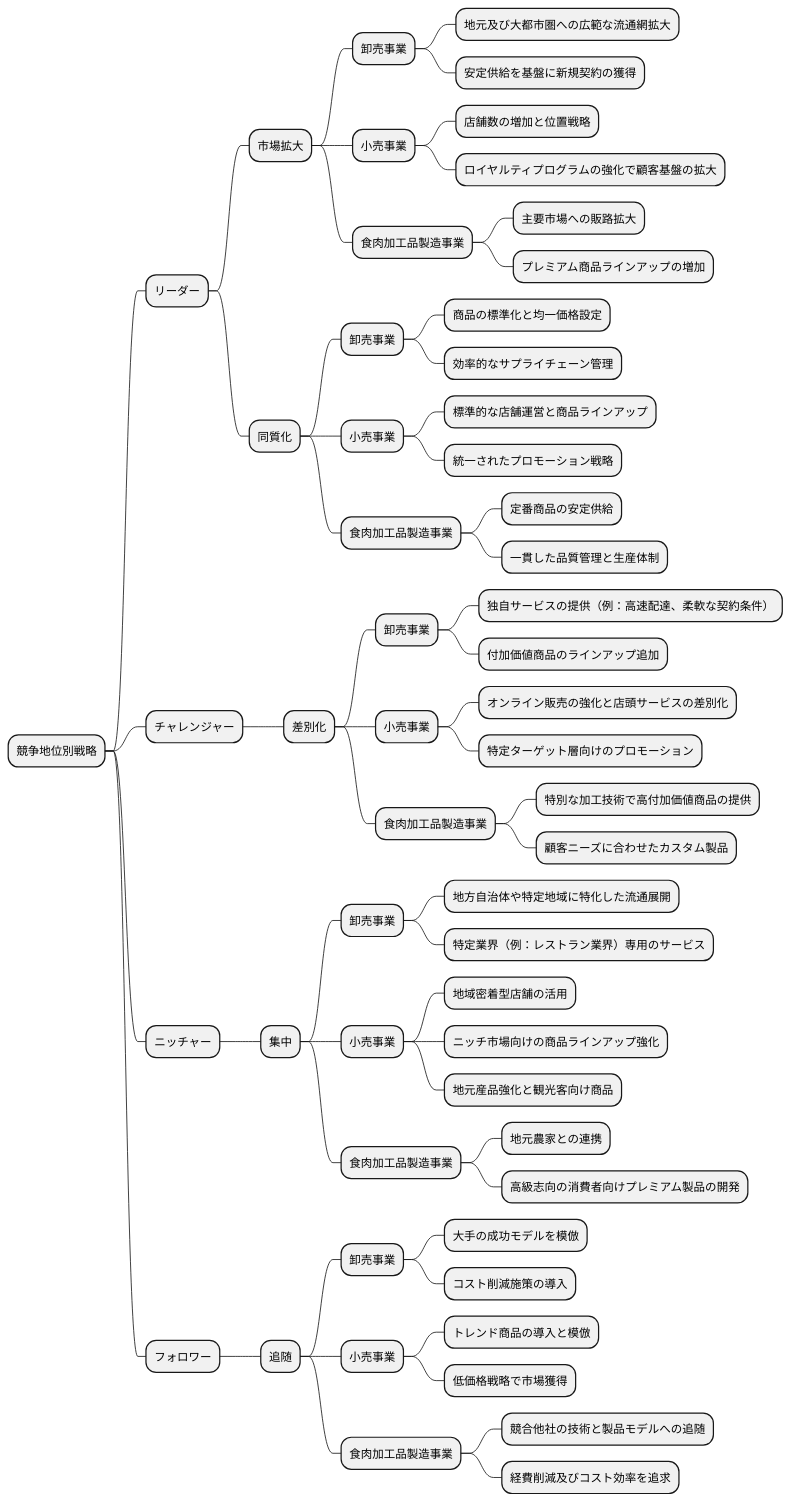
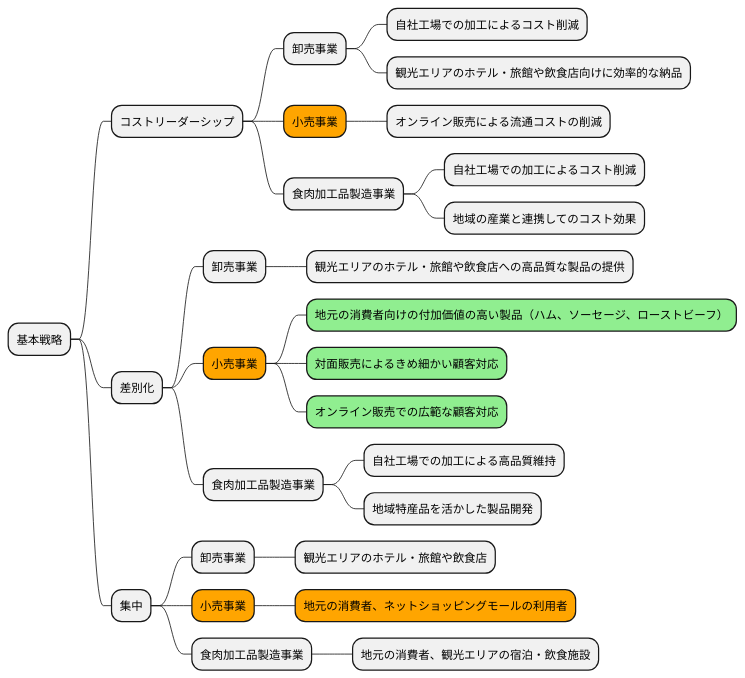
Before and after one commit to k2works/case-sutudy-business-analysis: the seventh of 15 diagrams in docs/case/r04_case_2.adoc, drawn with PlantUML. The commit also changed other lines of this file, not shown here.

```diff
--- a/docs/case/r04_case_2.adoc
+++ b/docs/case/r04_case_2.adoc
@@ -445,64 +366,32 @@
 [plantuml]
 ----
 @startmindmap
-* 競争地位別戦略
-** リーダー
-*** 市場拡大
-**** 卸売事業
-***** 地元及び大都市圏への広範な流通網拡大
-***** 安定供給を基盤に新規契約の獲得
-**** 小売事業
-***** 店舗数の増加と位置戦略
-***** ロイヤルティプログラムの強化で顧客基盤の拡大
-**** 食肉加工品製造事業
-***** 主要市場への販路拡大
-***** プレミアム商品ラインアップの増加
-*** 同質化
-**** 卸売事業
-***** 商品の標準化と均一価格設定
-***** 効率的なサプライチェーン管理
-**** 小売事業
-***** 標準的な店舗運営と商品ラインアップ
-***** 統一されたプロモーション戦略
-**** 食肉加工品製造事業
-***** 定番商品の安定供給
-***** 一貫した品質管理と生産体制
-
-** チャレンジャー
-*** 差別化
-**** 卸売事業
-***** 独自サービスの提供（例：高速配達、柔軟な契約条件）
-***** 付加価値商品のラインアップ追加
-**** 小売事業
-***** オンライン販売の強化と店頭サービスの差別化
-***** 特定ターゲット層向けのプロモーション
-**** 食肉加工品製造事業
-***** 特別な加工技術で高付加価値商品の提供
-***** 顧客ニーズに合わせたカスタム製品
-
-** ニッチャー
-*** 集中
-**** 卸売事業
-***** 地方自治体や特定地域に特化した流通展開
-***** 特定業界（例：レストラン業界）専用のサービス
-**** 小売事業
-***** 地域密着型店舗の活用
-***** ニッチ市場向けの商品ラインアップ強化
-***** 地元産品強化と観光客向け商品
-**** 食肉加工品製造事業
-***** 地元農家との連携
-***** 高級志向の消費者向けプレミアム製品の開発
-
-** フォロワー
-*** 追随
-**** 卸売事業
-***** 大手の成功モデルを模倣
-***** コスト削減施策の導入
-**** 小売事業
-***** トレンド商品の導入と模倣
-***** 低価格戦略で市場獲得
-**** 食肉加工品製造事業
-***** 競合他社の技術と製品モデルへの追随
-***** 経費削減及びコスト効率を追求
+* 基本戦略
+** コストリーダーシップ
+*** 卸売事業
+**** 自社工場での加工によるコスト削減
+**** 観光エリアのホテル・旅館や飲食店向けに効率的な納品
+***[#orange] 小売事業
+**** オンライン販売による流通コストの削減
+*** 食肉加工品製造事業
+**** 自社工場での加工によるコスト削減
+**** 地域の産業と連携してのコスト効果
+** 差別化
+*** 卸売事業
+**** 観光エリアのホテル・旅館や飲食店への高品質な製品の提供
+***[#orange] 小売事業
+****[#lightgreen] 地元の消費者向けの付加価値の高い製品（ハム、ソーセージ、ローストビーフ）
+****[#lightgreen] 対面販売によるきめ細かい顧客対応
+****[#lightgreen] オンライン販売での広範な顧客対応
+*** 食肉加工品製造事業
+**** 自社工場での加工による高品質維持
+**** 地域特産品を活かした製品開発
+** 集中
+*** 卸売事業
+**** 観光エリアのホテル・旅館や飲食店
+***[#orange] 小売事業
+****[#orange] 地元の消費者、ネットショッピングモールの利用者
+*** 食肉加工品製造事業
+**** 地元の消費者、観光エリアの宿泊・飲食施設
 @endmindmap
 ----
```
